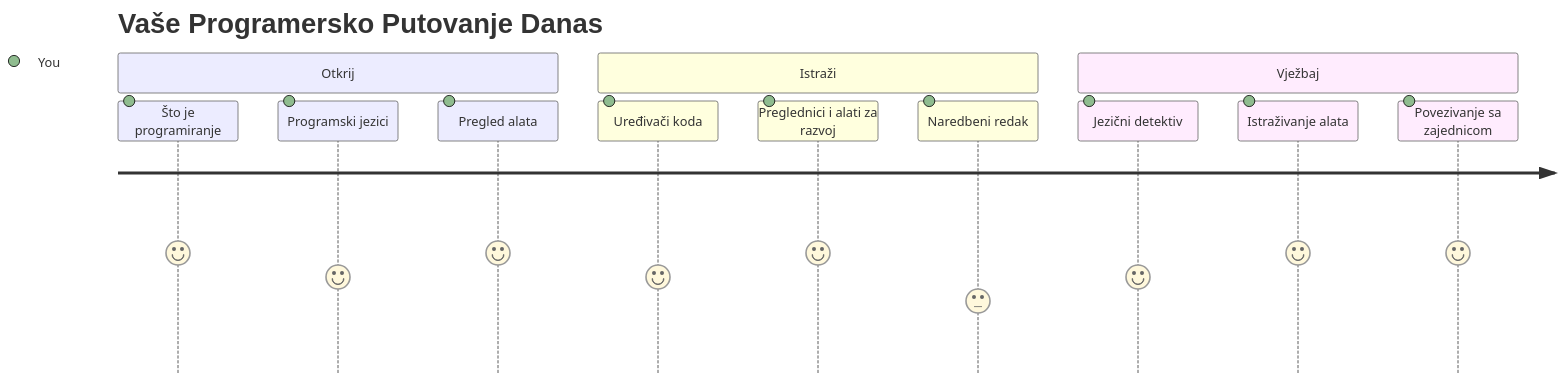
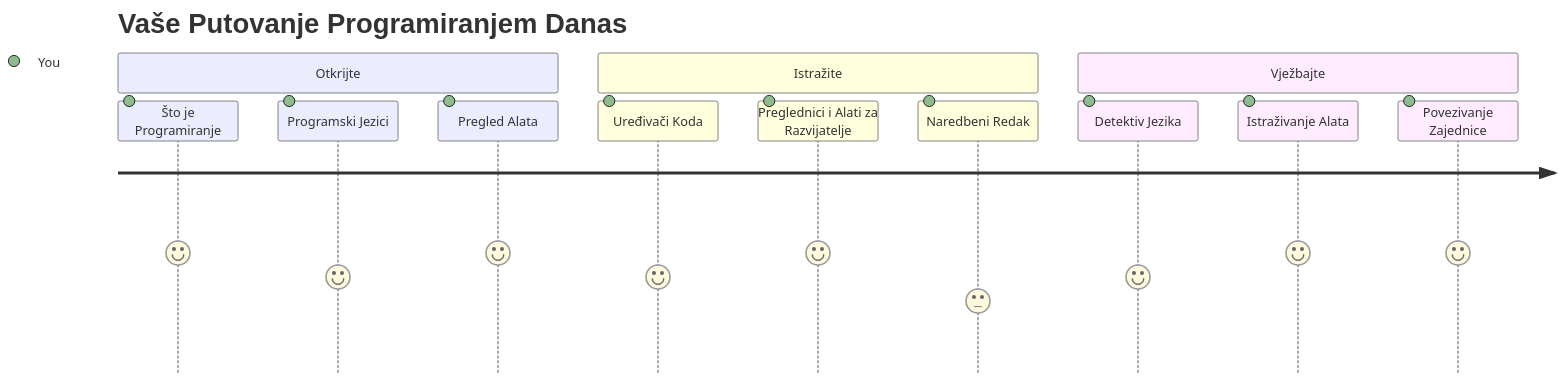
The first of 7 diagrams in translations/hr/1-getting-started-lessons/1-intro-to-programming-languages/README.md (microsoft/Web-Dev-For-Beginners), drawn with Mermaid before and after one commit. The commit also changed other lines of this file and 11 other files, not shown here.

````diff
--- a/translations/hr/1-getting-started-lessons/1-intro-to-programming-languages/README.md
+++ b/translations/hr/1-getting-started-lessons/1-intro-to-programming-languages/README.md
@@ -14,16 +14,16 @@
 ```mermaid
 journey
-    title Vaše Programersko Putovanje Danas
-    section Otkrij
-      Što je programiranje: 5: You
-      Programski jezici: 4: You
-      Pregled alata: 5: You
-    section Istraži
-      Uređivači koda: 4: You
-      Preglednici i alati za razvoj: 5: You
-      Naredbeni redak: 3: You
-    section Vježbaj
-      Jezični detektiv: 4: You
-      Istraživanje alata: 5: You
-      Povezivanje sa zajednicom: 5: You
+    title Vaše Putovanje Programiranjem Danas
+    section Otkrijte
+      Što je Programiranje: 5: You
+      Programski Jezici: 4: You
+      Pregled Alata: 5: You
+    section Istražite
+      Uređivači Koda: 4: You
+      Preglednici i Alati za Razvijatelje: 5: You
+      Naredbeni Redak: 3: You
+    section Vježbajte
+      Detektiv Jezika: 4: You
+      Istraživanje Alata: 5: You
+      Povezivanje Zajednice: 5: You
 ```
````
